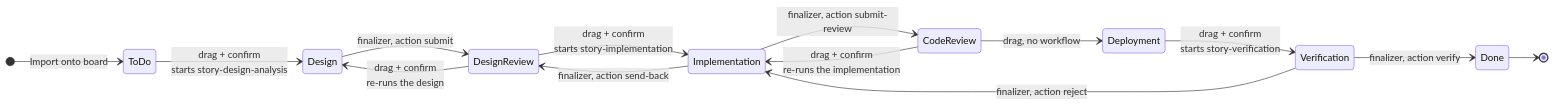
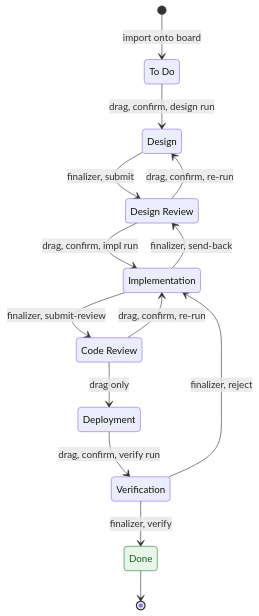
One commit to ram-020998/project-tracker changed the third of 4 diagrams in genesis/architecture/modules/stories-and-workbench.md. Above: the diagram before and after it, drawn with Mermaid. The commit also changed other lines of this file and 24 other files, not shown here.

First line of the commit message:
architecture: rewrite all 86 Mermaid diagrams to one C4 style, each render-checked

````diff
--- a/genesis/architecture/modules/stories-and-workbench.md
+++ b/genesis/architecture/modules/stories-and-workbench.md
@@ -116,17 +142,29 @@
 ```mermaid
 stateDiagram-v2
-    direction LR
-    [*] --> ToDo: Import onto board
-    ToDo --> Design: drag + confirm<br/>starts story-design-analysis
-    Design --> DesignReview: finalizer, action submit
-    DesignReview --> Design: drag + confirm<br/>re-runs the design
-    DesignReview --> Implementation: drag + confirm<br/>starts story-implementation
-    Implementation --> CodeReview: finalizer, action submit-review
-    Implementation --> DesignReview: finalizer, action send-back
-    CodeReview --> Deployment: drag, no workflow
-    CodeReview --> Implementation: drag + confirm<br/>re-runs the implementation
-    Deployment --> Verification: drag + confirm<br/>starts story-verification
-    Verification --> Done: finalizer, action verify
-    Verification --> Implementation: finalizer, action reject
-    Done --> [*]
+    direction TB
+    state "To Do" as todo
+    state "Design" as design
+    state "Design Review" as dreview
+    state "Implementation" as impl
+    state "Code Review" as creview
+    state "Deployment" as deploy
+    state "Verification" as verif
+    state "Done" as done
+    [*] --> todo : import onto board
+    todo --> design : drag, confirm, design run
+    design --> dreview : finalizer, submit
+    dreview --> design : drag, confirm, re-run
+    dreview --> impl : drag, confirm, impl run
+    impl --> creview : finalizer, submit-review
+    impl --> dreview : finalizer, send-back
+    creview --> deploy : drag only
+    creview --> impl : drag, confirm, re-run
+    deploy --> verif : drag, confirm, verify run
+    verif --> done : finalizer, verify
+    verif --> impl : finalizer, reject
+    done --> [*]
+    classDef terminal fill:#e8f5e9,stroke:#2e7d32,color:#1b5e20
+    classDef waiting fill:#fff8e1,stroke:#f9a825,color:#5d4037
+    classDef bad fill:#ffebee,stroke:#c62828,color:#b71c1c
+    class done terminal
 ```
````
